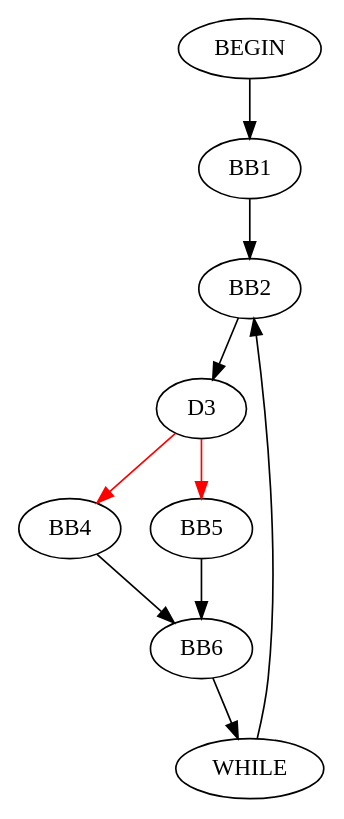
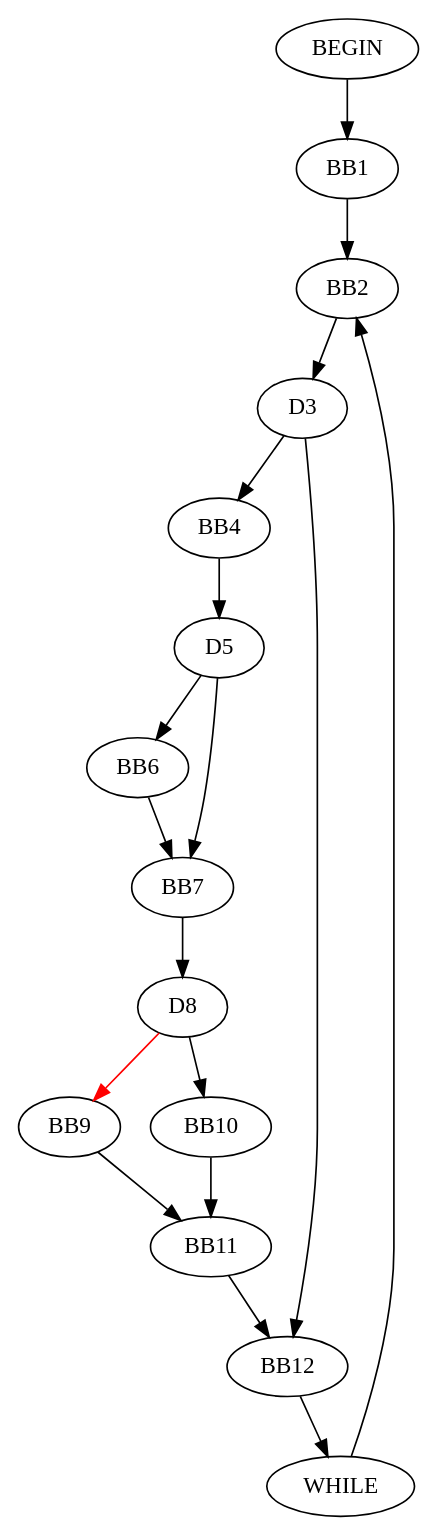
Before and after one commit to sujitkc/symtest: the diagram in resources/cfg.dot, drawn with Graphviz. The commit also changed 12 other files, not shown here.

```diff
--- a/resources/cfg.dot
+++ b/resources/cfg.dot
@@ -1,1 +1,1 @@
-digraph G {BEGIN->BB1;BB1->BB2;WHILE->BB2;BB2->D3;D3->BB4[color=red, pendwidth=3.0];D3->BB5[color=red, pendwidth=3.0];BB4->BB6;BB5->BB6;BB6->WHILE;}
+digraph G {BEGIN->BB1;BB1->BB2;WHILE->BB2;BB2->D3;D3->BB4;BB4->D5;D5->BB6;BB6->BB7;D5->BB7;BB7->D8;D8->BB9[color=red, pendwidth=3.0];D8->BB10;BB9->BB11;BB10->BB11;BB11->BB12;D3->BB12;BB12->WHILE;}
```
